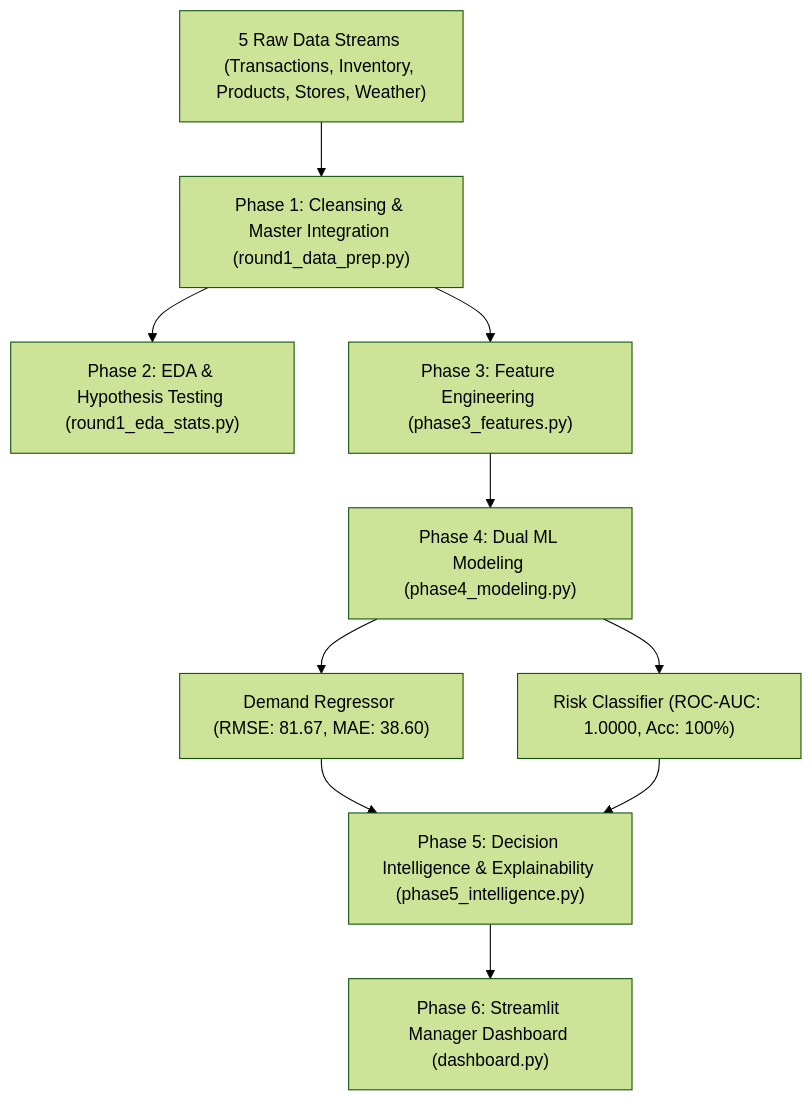
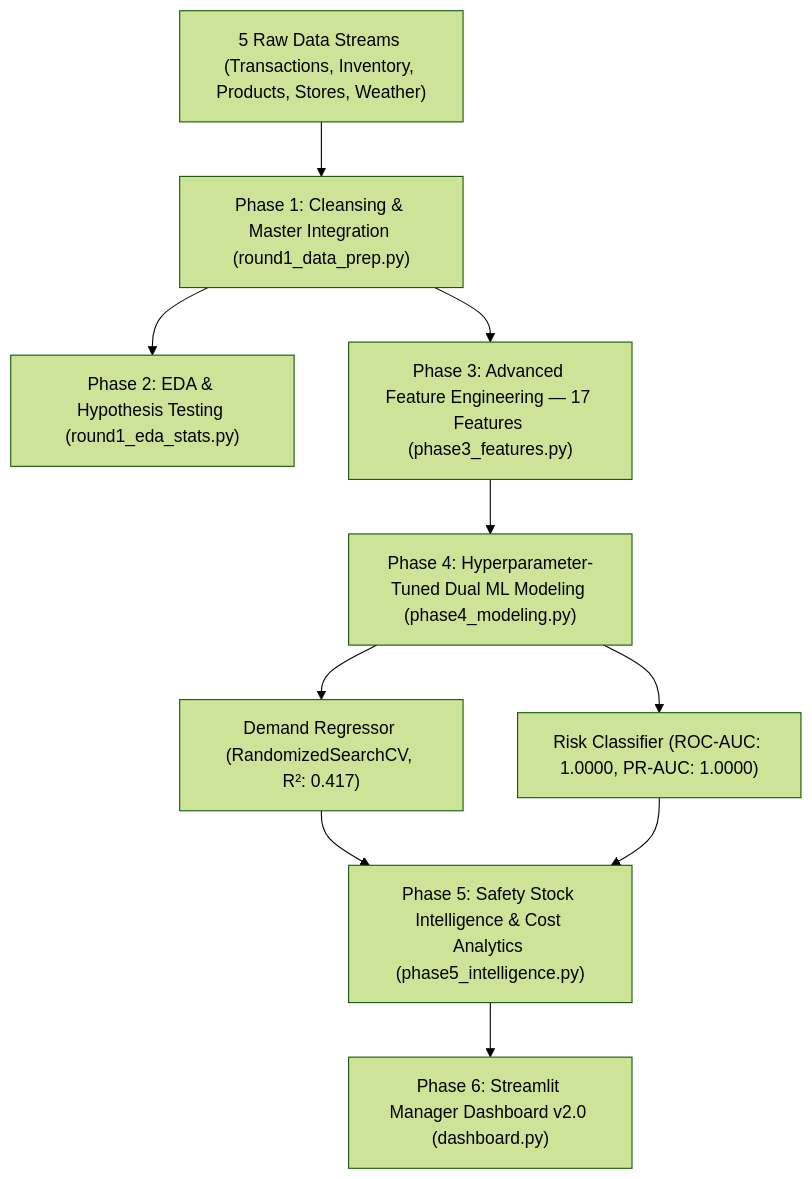
One commit to Nightwing-007/IntelliData_Data_Science_Hackathon changed the first of 2 diagrams in Day_2/StockSense/README.md. Above: the diagram before and after it, drawn with Mermaid (forest theme). The commit also changed other lines of this file and 12 other files, not shown here.

Commit message:
feat: deploy StockSense v2.0 with advanced safety stock heuristics, EWMA forecasting, Plotly dashboard, and fix Q42 verification paths

````diff
--- a/Day_2/StockSense/README.md
+++ b/Day_2/StockSense/README.md
@@ -25,11 +25,11 @@
 ```mermaid
 flowchart TD
     A["5 Raw Data Streams (Transactions, Inventory, Products, Stores, Weather)"] --> B["Phase 1: Cleansing & Master Integration (round1_data_prep.py)"]
     B --> C["Phase 2: EDA & Hypothesis Testing (round1_eda_stats.py)"]
-    B --> D["Phase 3: Feature Engineering (phase3_features.py)"]
-    D --> E["Phase 4: Dual ML Modeling (phase4_modeling.py)"]
-    E --> F["Demand Regressor (RMSE: 81.67, MAE: 38.60)"]
-    E --> G["Risk Classifier (ROC-AUC: 1.0000, Acc: 100%)"]
-    F & G --> H["Phase 5: Decision Intelligence & Explainability (phase5_intelligence.py)"]
-    H --> I["Phase 6: Streamlit Manager Dashboard (dashboard.py)"]
+    B --> D["Phase 3: Advanced Feature Engineering — 17 Features (phase3_features.py)"]
+    D --> E["Phase 4: Hyperparameter-Tuned Dual ML Modeling (phase4_modeling.py)"]
+    E --> F["Demand Regressor (RandomizedSearchCV, R²: 0.417)"]
+    E --> G["Risk Classifier (ROC-AUC: 1.0000, PR-AUC: 1.0000)"]
+    F & G --> H["Phase 5: Safety Stock Intelligence & Cost Analytics (phase5_intelligence.py)"]
+    H --> I["Phase 6: Streamlit Manager Dashboard v2.0 (dashboard.py)"]
 ```
````
